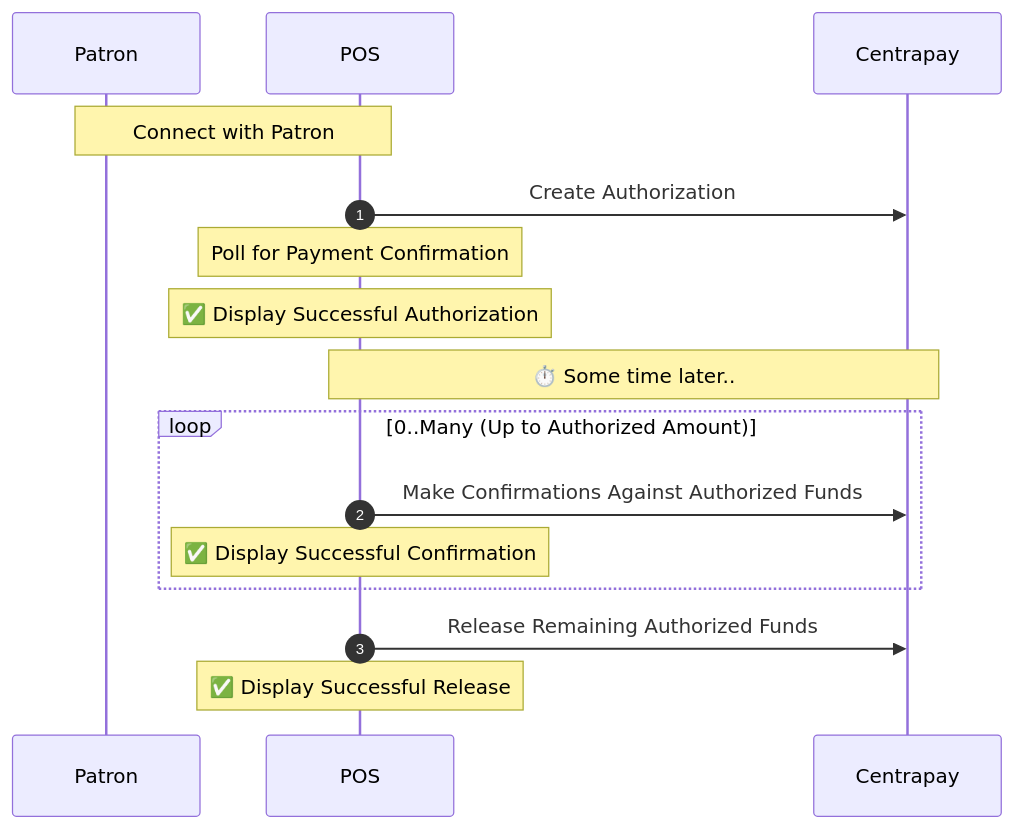
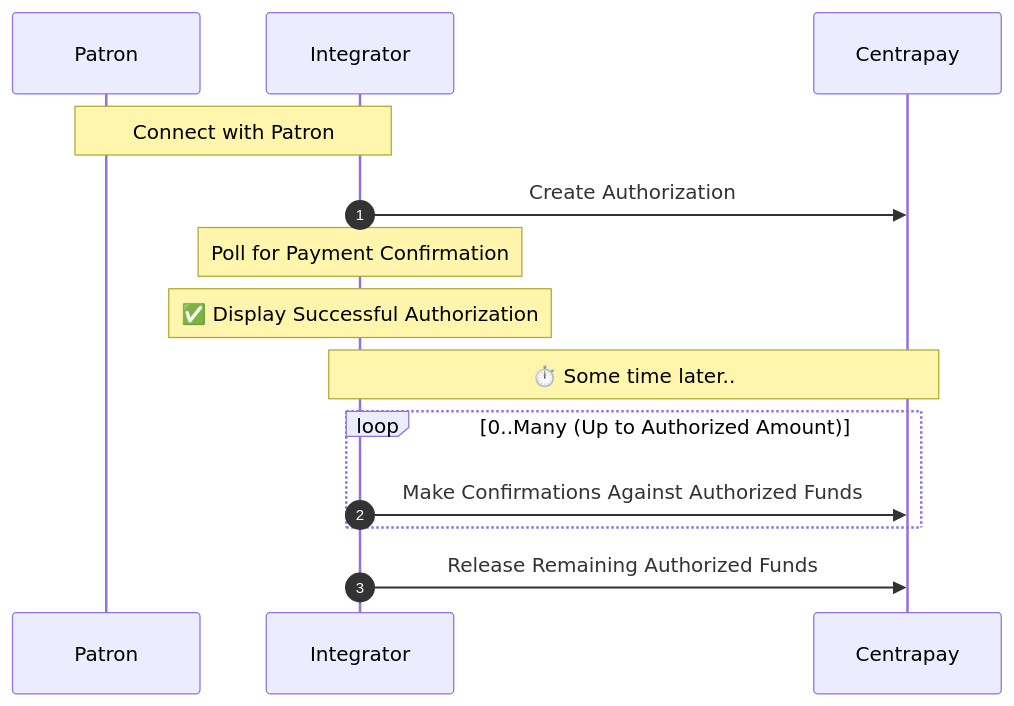
Before and after one commit to centrapay/centrapay-docs: the diagram in src/content/guides/requesting-pre-auth.mdx, drawn with Mermaid. The commit also changed other lines of this file, not shown here.

Commit message:
Simplify pre auth documentation and make it generic for terminals, POS, and ecommerce

````diff
--- a/src/content/guides/requesting-pre-auth.mdx
+++ b/src/content/guides/requesting-pre-auth.mdx
@@ -24,25 +26,23 @@
 ```mermaid
 sequenceDiagram
 	autonumber
 
 	participant Patron
-	participant POS
+	participant Integrator
 	participant Centrapay
 
-	note over Patron, POS: Connect with Patron
-	POS->>Centrapay: Create Authorization
+	note over Patron, Integrator: Connect with Patron
+	Integrator->>Centrapay: Create Authorization
 
-	note over POS: Poll for Payment Confirmation
+	note over Integrator: Poll for Payment Confirmation
 
-	note over POS: ✅ Display Successful Authorization
+	note over Integrator: ✅ Display Successful Authorization
 
-	note over POS, Centrapay: ⏱️ Some time later..
+	note over Integrator, Centrapay: ⏱️ Some time later..
 
 	loop 0..Many (Up to Authorized Amount)
-		POS->>Centrapay: Make Confirmations Against Authorized Funds
-		note over POS: ✅ Display Successful Confirmation
+		Integrator->>Centrapay: Make Confirmations Against Authorized Funds
 	end
 
-	POS->>Centrapay: Release Remaining Authorized Funds
-	note over POS: ✅ Display Successful Release
+	Integrator->>Centrapay: Release Remaining Authorized Funds
 ```
````
